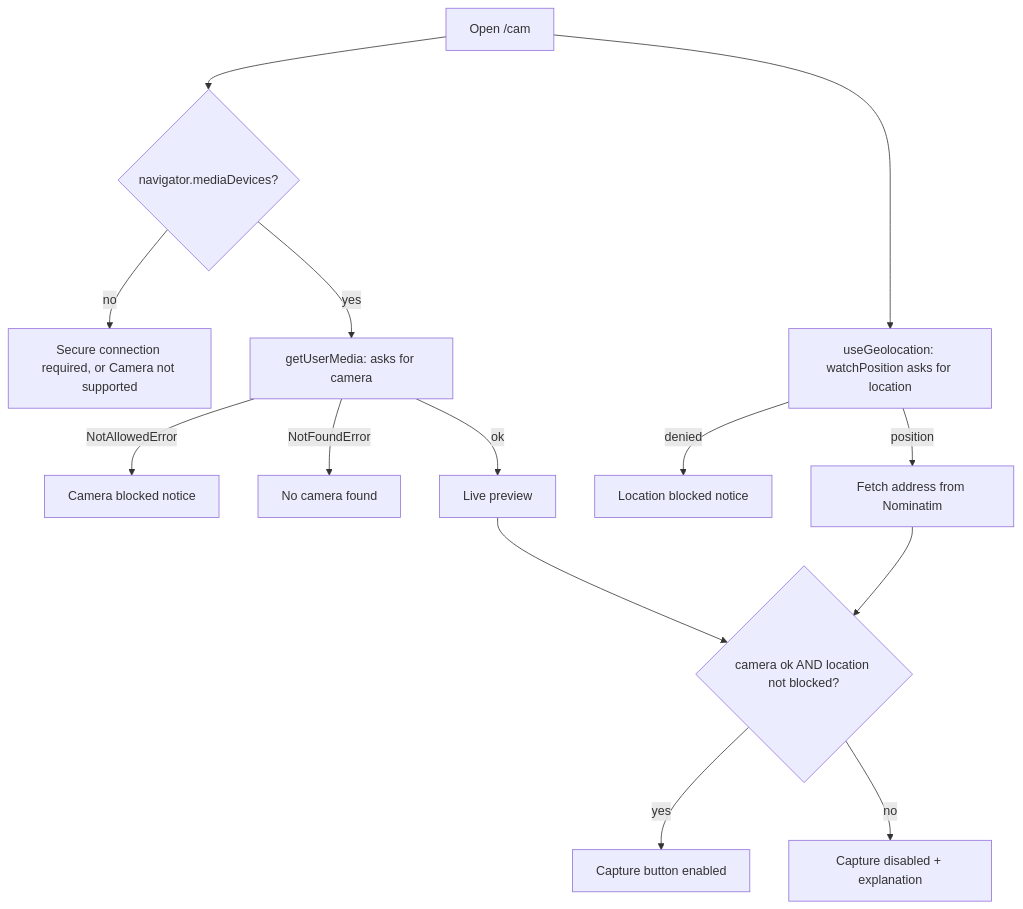
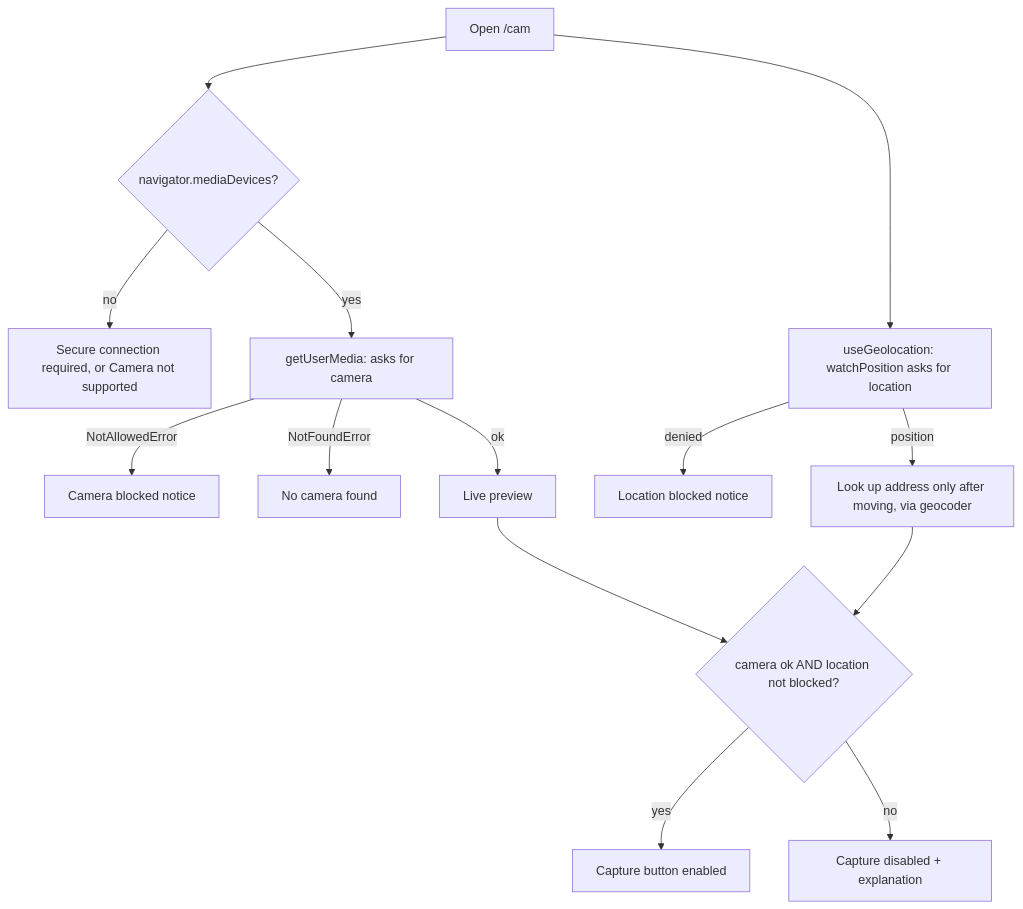
The second of 2 diagrams in docs/ARCHITECTURE.md (gnanaswaroop/Spot-Cam), drawn with Mermaid before and after one commit. The commit also changed other lines of this file and 21 other files, not shown here.

````diff
--- a/docs/ARCHITECTURE.md
+++ b/docs/ARCHITECTURE.md
@@ -103,15 +103,15 @@
 ```mermaid
 flowchart TD
   A[Open /cam] --> B{navigator.mediaDevices?}
   B -- no --> B1[Secure connection required, or Camera not supported]
   B -- yes --> C[getUserMedia: asks for camera]
   C -- NotAllowedError --> D[Camera blocked notice]
   C -- NotFoundError --> E[No camera found]
   C -- ok --> F[Live preview]
   A --> G[useGeolocation: watchPosition asks for location]
   G -- denied --> H[Location blocked notice]
-  G -- position --> I[Fetch address from Nominatim]
+  G -- position --> I[Look up address only after moving, via geocoder]
   F & I --> J{camera ok AND location not blocked?}
   J -- yes --> K[Capture button enabled]
   J -- no --> L[Capture disabled + explanation]
 ```
````
